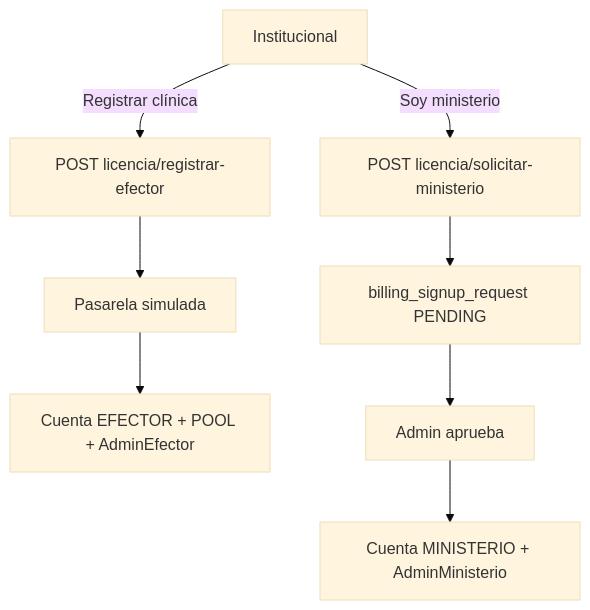
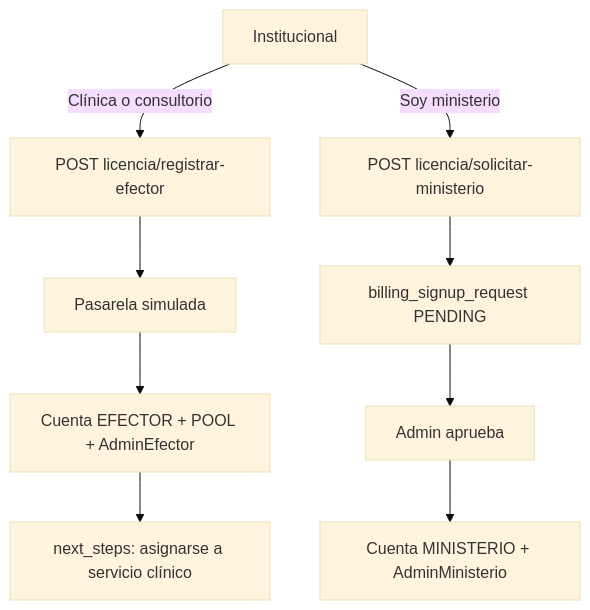
The diagram in web/docs/plans/alta-cuenta-institucional/design.md (luischanferoni/bioenlace), drawn with Mermaid (base theme) before and after one commit. The commit also changed other lines of this file and 18 other files, not shown here.

````diff
--- a/web/docs/plans/alta-cuenta-institucional/design.md
+++ b/web/docs/plans/alta-cuenta-institucional/design.md
@@ -5,10 +5,11 @@
 ```mermaid
 flowchart TD
-  Inst[Institucional] -->|Registrar clínica| API1[POST licencia/registrar-efector]
+  Inst[Institucional] -->|Clínica o consultorio| API1[POST licencia/registrar-efector]
   Inst -->|Soy ministerio| API2[POST licencia/solicitar-ministerio]
   API1 --> Pay[Pasarela simulada]
   Pay --> Acc[Cuenta EFECTOR + POOL + AdminEfector]
+  Acc --> Guide[next_steps: asignarse a servicio clínico]
   API2 --> Pend[billing_signup_request PENDING]
   Pend --> Admin[Admin aprueba]
   Admin --> Min[Cuenta MINISTERIO + AdminMinisterio]
 ```
````
